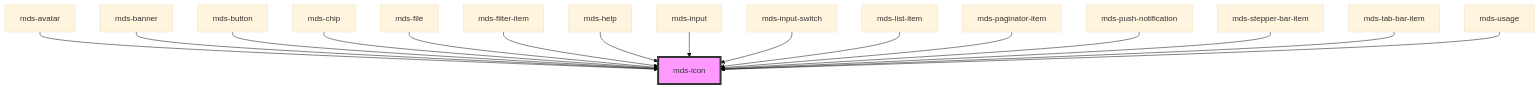
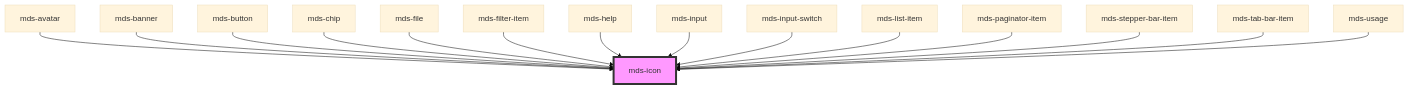
One commit to magma-design-system/magma changed the diagram in projects/stencil/src/components/mds-icon/readme.md. Above: the diagram before and after it, drawn with Mermaid (base theme). The commit also changed other lines of this file and 1 other file, not shown here.

````diff
--- a/projects/stencil/src/components/mds-icon/readme.md
+++ b/projects/stencil/src/components/mds-icon/readme.md
@@ -130,19 +129,18 @@
 ```mermaid
 graph TD;
   mds-avatar --> mds-icon
   mds-banner --> mds-icon
   mds-button --> mds-icon
   mds-chip --> mds-icon
   mds-file --> mds-icon
   mds-filter-item --> mds-icon
   mds-help --> mds-icon
   mds-input --> mds-icon
   mds-input-switch --> mds-icon
   mds-list-item --> mds-icon
   mds-paginator-item --> mds-icon
-  mds-push-notification --> mds-icon
   mds-stepper-bar-item --> mds-icon
   mds-tab-bar-item --> mds-icon
   mds-usage --> mds-icon
   style mds-icon fill:#f9f,stroke:#333,stroke-width:4px
 ```
````
